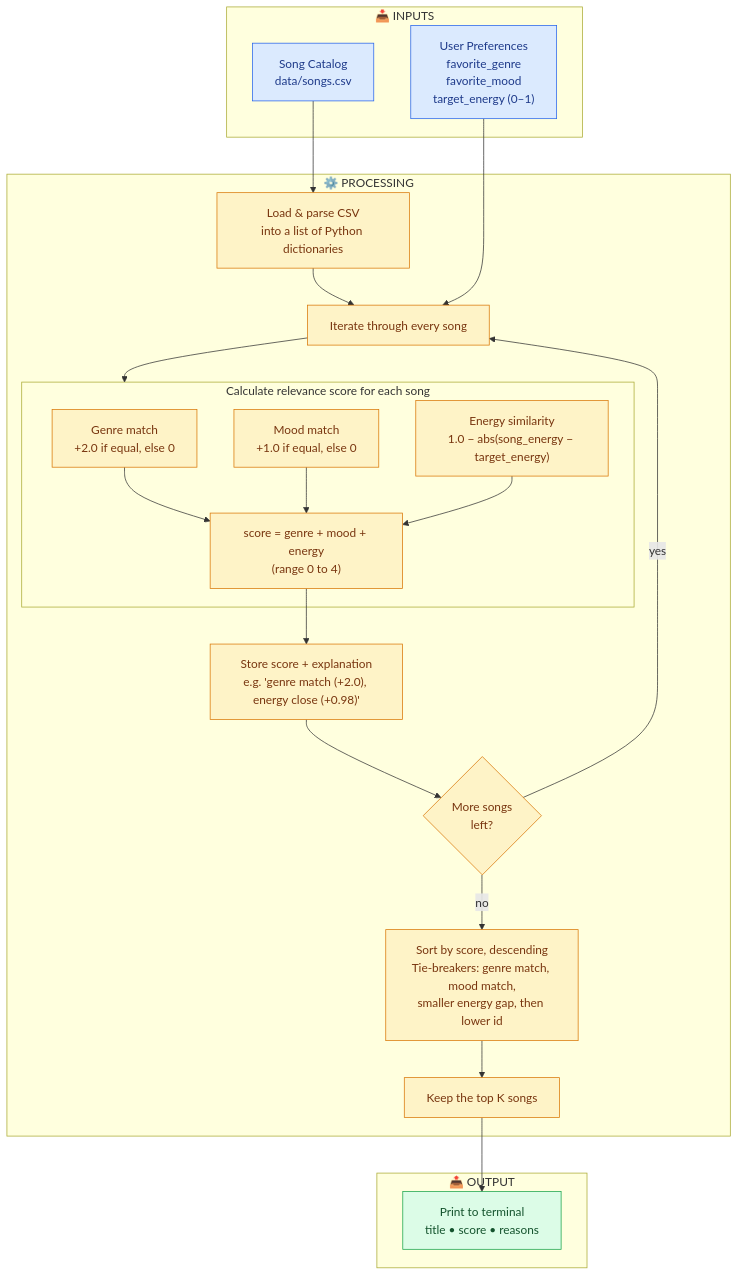
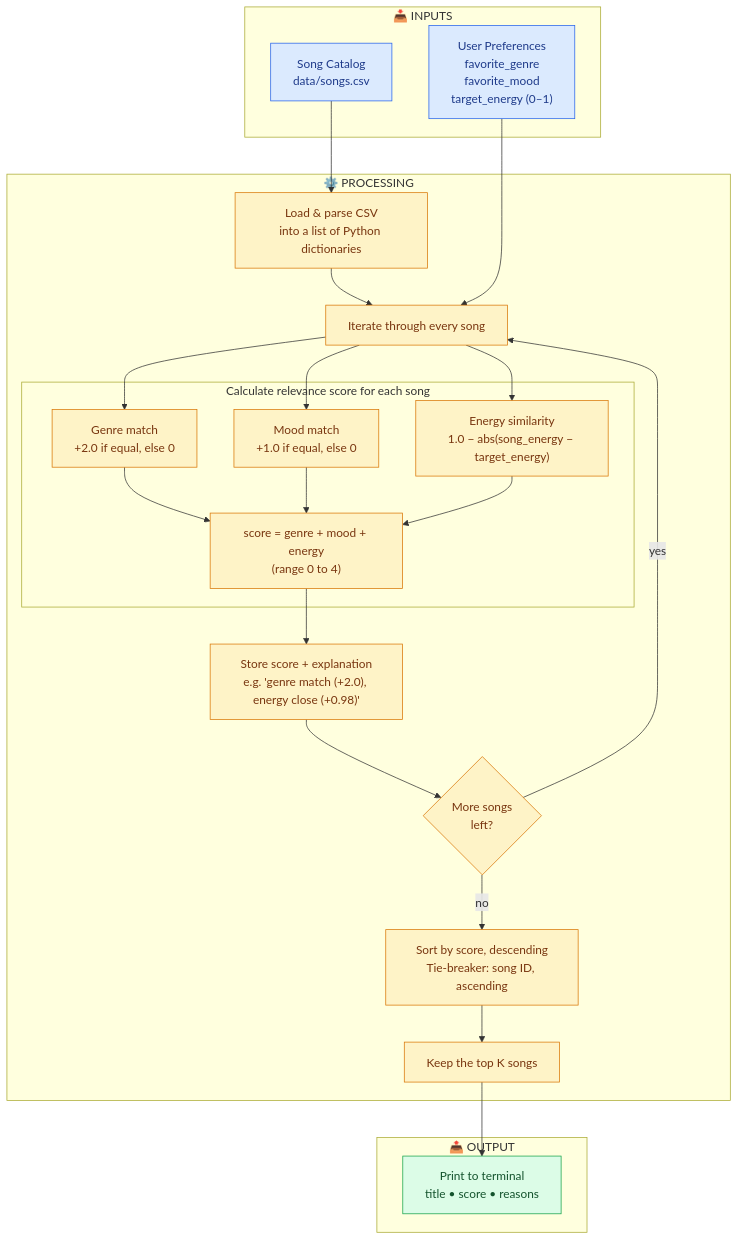
Before and after one commit to bedouis/vibematch-v2: the diagram in README.md, drawn with Mermaid. The commit also changed other lines of this file, not shown here.

Commit message:
docs: refine recommender data flow and scoring documentation

````diff
--- a/README.md
+++ b/README.md
@@ -72,54 +64,56 @@
 ```mermaid
 flowchart TD
     %% ---------- INPUTS ----------
     subgraph INPUTS["📥 INPUTS"]
         U["User Preferences<br/>favorite_genre<br/>favorite_mood<br/>target_energy (0–1)"]
         C["Song Catalog<br/>data/songs.csv"]
     end
 
     %% ---------- PROCESSING ----------
     subgraph PROCESS["⚙️ PROCESSING"]
         L["Load & parse CSV<br/>into a list of Python dictionaries"]
         I["Iterate through every song"]
 
         subgraph SCORE["Calculate relevance score for each song"]
             G["Genre match<br/>+2.0 if equal, else 0"]
             M["Mood match<br/>+1.0 if equal, else 0"]
             E["Energy similarity<br/>1.0 − abs(song_energy − target_energy)"]
             T["score = genre + mood + energy<br/>(range 0 to 4)"]
             G --> T
             M --> T
             E --> T
         end
 
         S["Store score + explanation<br/>e.g. 'genre match (+2.0), energy close (+0.98)'"]
         N{"More songs<br/>left?"}
-        R["Sort by score, descending<br/>Tie-breakers: genre match, mood match,<br/>smaller energy gap, then lower id"]
+        R["Sort by score, descending<br/>Tie-breaker: song ID, ascending"]
         K["Keep the top K songs"]
     end
 
     %% ---------- OUTPUT ----------
     subgraph OUTPUT["📤 OUTPUT"]
         D["Print to terminal<br/>title • score • reasons"]
     end
 
     %% ---------- FLOW ----------
     C --> L
     L --> I
     U --> I
-    I --> SCORE
+    I --> G
+    I --> M
+    I --> E
     T --> S
     S --> N
     N -- "yes" --> I
     N -- "no" --> R
     R --> K
     K --> D
 
     %% ---------- STYLING ----------
     classDef input fill:#dbeafe,stroke:#2563eb,color:#1e3a8a
     classDef process fill:#fef3c7,stroke:#d97706,color:#78350f
     classDef output fill:#dcfce7,stroke:#16a34a,color:#14532d
     class U,C input
     class L,I,G,M,E,T,S,N,R,K process
     class D output
 ```
````
